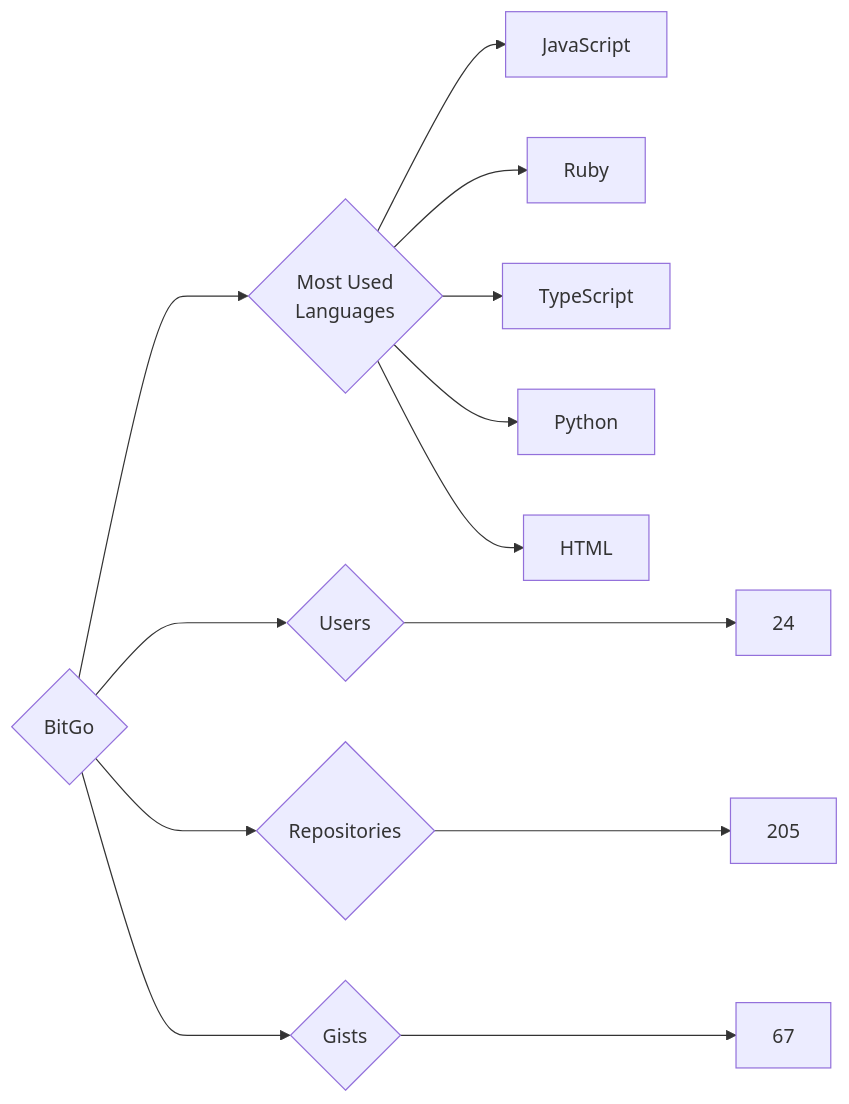
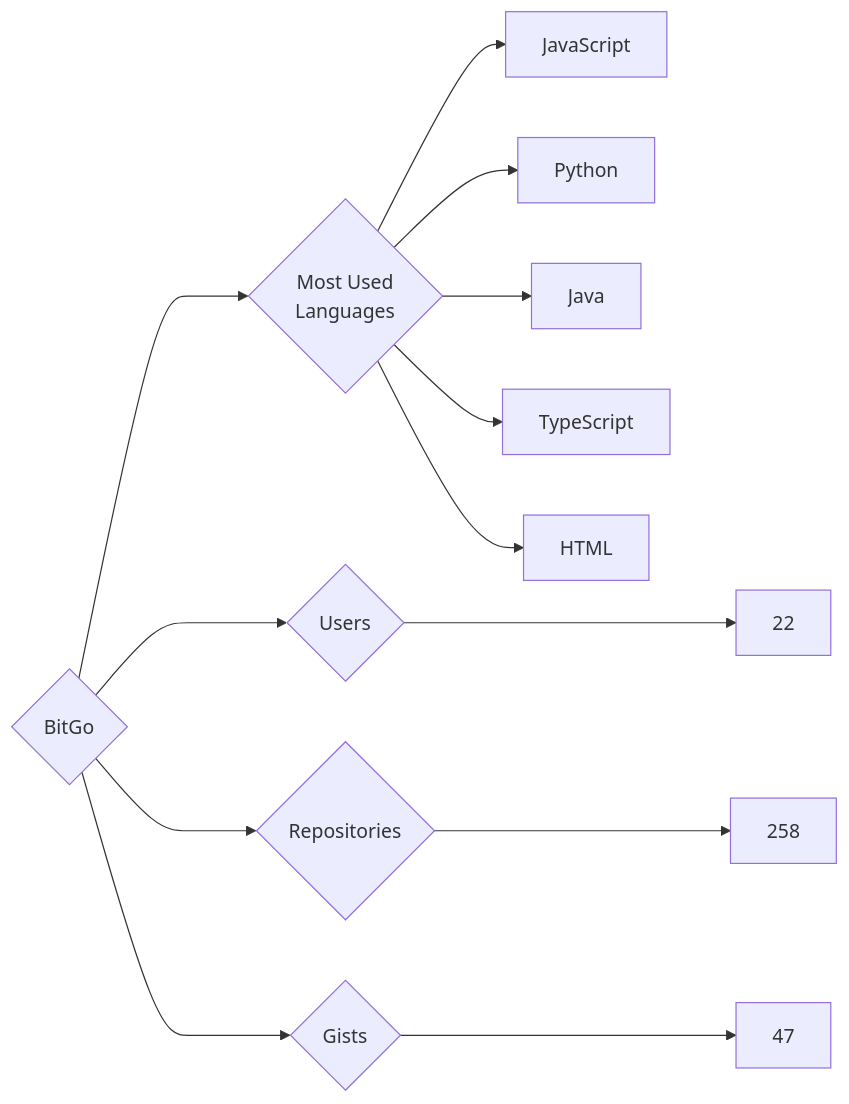
The diagram in targets/BitGo/README.md (trickest/insiders), drawn with Mermaid before and after one commit. The commit also changed 736 other files, not shown here.

````diff
--- a/targets/BitGo/README.md
+++ b/targets/BitGo/README.md
@@ -3,13 +3,13 @@
 ```mermaid
 graph LR
 COMPANY_NAME{BitGo}
-COMPANY_NAME ---> U{Users} ---> UN[24]
-COMPANY_NAME ---> R{Repositories} ---> RN[205]
-COMPANY_NAME ---> G{Gists} ---> GN[67]
+COMPANY_NAME ---> U{Users} ---> UN[22]
+COMPANY_NAME ---> R{Repositories} ---> RN[258]
+COMPANY_NAME ---> G{Gists} ---> GN[47]
 COMPANY_NAME ---> ML{Most Used<br>Languages}
 ML --> JavaScript[JavaScript]
-ML --> Ruby[Ruby]
+ML --> Python[Python]
+ML --> Java[Java]
 ML --> TypeScript[TypeScript]
-ML --> Python[Python]
 ML --> HTML[HTML]
 ```
````
